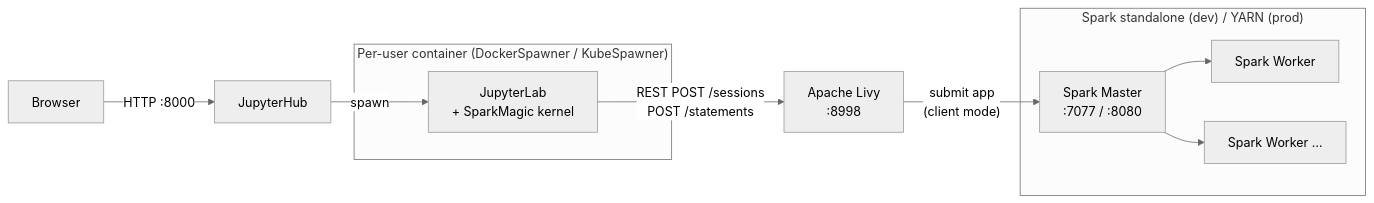
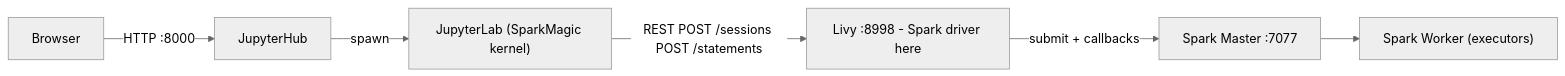
Before and after one commit to szairi2011/jupiterhub-hadoop-data-plane: the diagram in README.md, drawn with Mermaid (neutral theme). The commit also changed other lines of this file, not shown here.

Commit message:
docs: reorder phases (Hive->KubeSpawner->Kerberos), add phase tracking convention, fix executor cell

````diff
--- a/README.md
+++ b/README.md
@@ -24,22 +270,8 @@
 ```mermaid
 graph LR
     Browser -->|HTTP :8000| JupyterHub
-
-    subgraph "Per-user container (DockerSpawner / KubeSpawner)"
-        JupyterLab["JupyterLab\n+ SparkMagic kernel"]
-    end
-
-    JupyterHub -->|spawn| JupyterLab
-
-    JupyterLab -->|"REST  POST /sessions\nPOST /statements"| Livy["Apache Livy\n:8998"]
-
-    subgraph "Spark standalone (dev) / YARN (prod)"
-        Master["Spark Master\n:7077 / :8080"]
-        Worker1["Spark Worker"]
-        Worker2["Spark Worker …"]
-    end
-
-    Livy -->|"submit app\n(client mode)"| Master
-    Master --> Worker1
-    Master --> Worker2
+    JupyterHub -->|spawn| JupyterLab["JupyterLab (SparkMagic kernel)"]
+    JupyterLab -->|"REST POST /sessions POST /statements"| Livy["Livy :8998 - Spark driver here"]
+    Livy -->|"submit + callbacks"| Master["Spark Master :7077"]
+    Master --> Worker["Spark Worker (executors)"]
 ```
````
